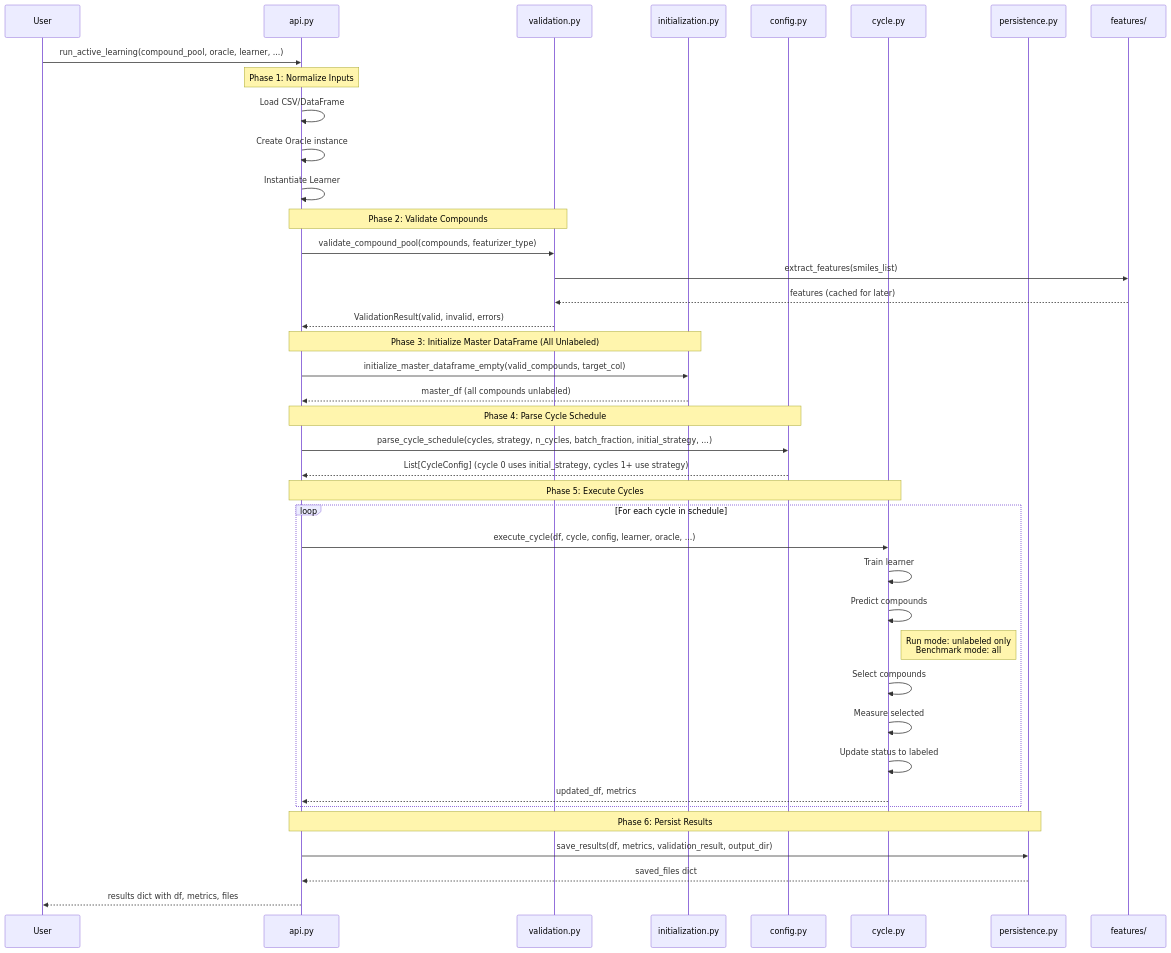
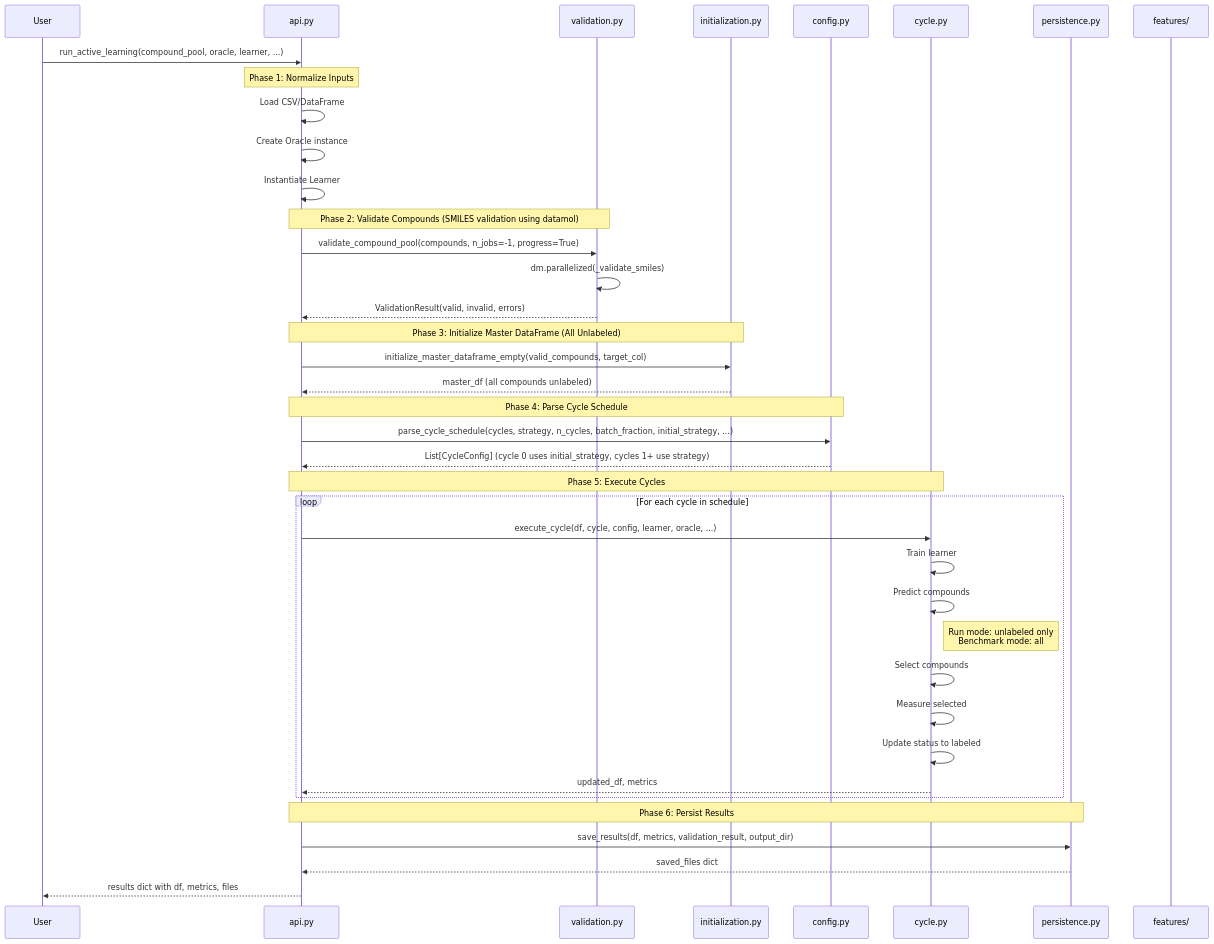
Before and after one commit to drugm8/LearnM8: the second of 2 diagrams in ARCHITECTURE_V1.md, drawn with Mermaid. The commit also changed other lines of this file and 1 other file, not shown here.

Commit message:
Enhance compound validation process using datamol for SMILES standardization and sanitization, improving performance and error diagnostics.

````diff
--- a/ARCHITECTURE_V1.md
+++ b/ARCHITECTURE_V1.md
@@ -354,50 +354,49 @@
 ```mermaid
 sequenceDiagram
     participant User
     participant API as api.py
     participant VAL as validation.py
     participant INIT as initialization.py
     participant CFG as config.py
     participant CYC as cycle.py
     participant PERS as persistence.py
     participant FEAT as features/
 
     User->>API: run_active_learning(compound_pool, oracle, learner, ...)
 
     Note over API: Phase 1: Normalize Inputs
     API->>API: Load CSV/DataFrame
     API->>API: Create Oracle instance
     API->>API: Instantiate Learner
 
-    Note over API,VAL: Phase 2: Validate Compounds
-    API->>VAL: validate_compound_pool(compounds, featurizer_type)
-    VAL->>FEAT: extract_features(smiles_list)
-    FEAT-->>VAL: features (cached for later)
+    Note over API,VAL: Phase 2: Validate Compounds (SMILES validation using datamol)
+    API->>VAL: validate_compound_pool(compounds, n_jobs=-1, progress=True)
+    VAL->>VAL: dm.parallelized(_validate_smiles)
     VAL-->>API: ValidationResult(valid, invalid, errors)
 
     Note over API,INIT: Phase 3: Initialize Master DataFrame (All Unlabeled)
     API->>INIT: initialize_master_dataframe_empty(valid_compounds, target_col)
     INIT-->>API: master_df (all compounds unlabeled)
 
     Note over API,CFG: Phase 4: Parse Cycle Schedule
     API->>CFG: parse_cycle_schedule(cycles, strategy, n_cycles, batch_fraction, initial_strategy, ...)
     CFG-->>API: List[CycleConfig] (cycle 0 uses initial_strategy, cycles 1+ use strategy)
 
     Note over API,CYC: Phase 5: Execute Cycles
     loop For each cycle in schedule
         API->>CYC: execute_cycle(df, cycle, config, learner, oracle, ...)
         CYC->>CYC: Train learner
         CYC->>CYC: Predict compounds
         Note right of CYC: Run mode: unlabeled only<br/>Benchmark mode: all
         CYC->>CYC: Select compounds
         CYC->>CYC: Measure selected
         CYC->>CYC: Update status to labeled
         CYC-->>API: updated_df, metrics
     end
 
     Note over API,PERS: Phase 6: Persist Results
     API->>PERS: save_results(df, metrics, validation_result, output_dir)
     PERS-->>API: saved_files dict
 
     API-->>User: results dict with df, metrics, files
 ```
````
